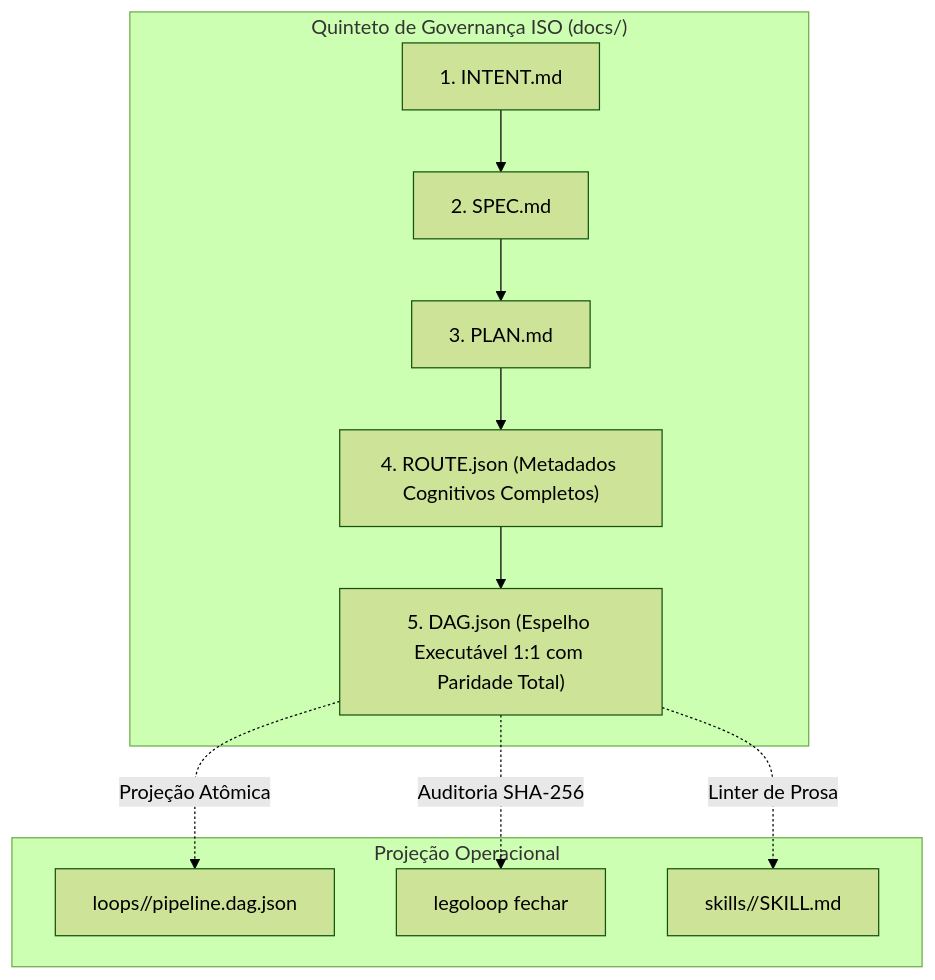
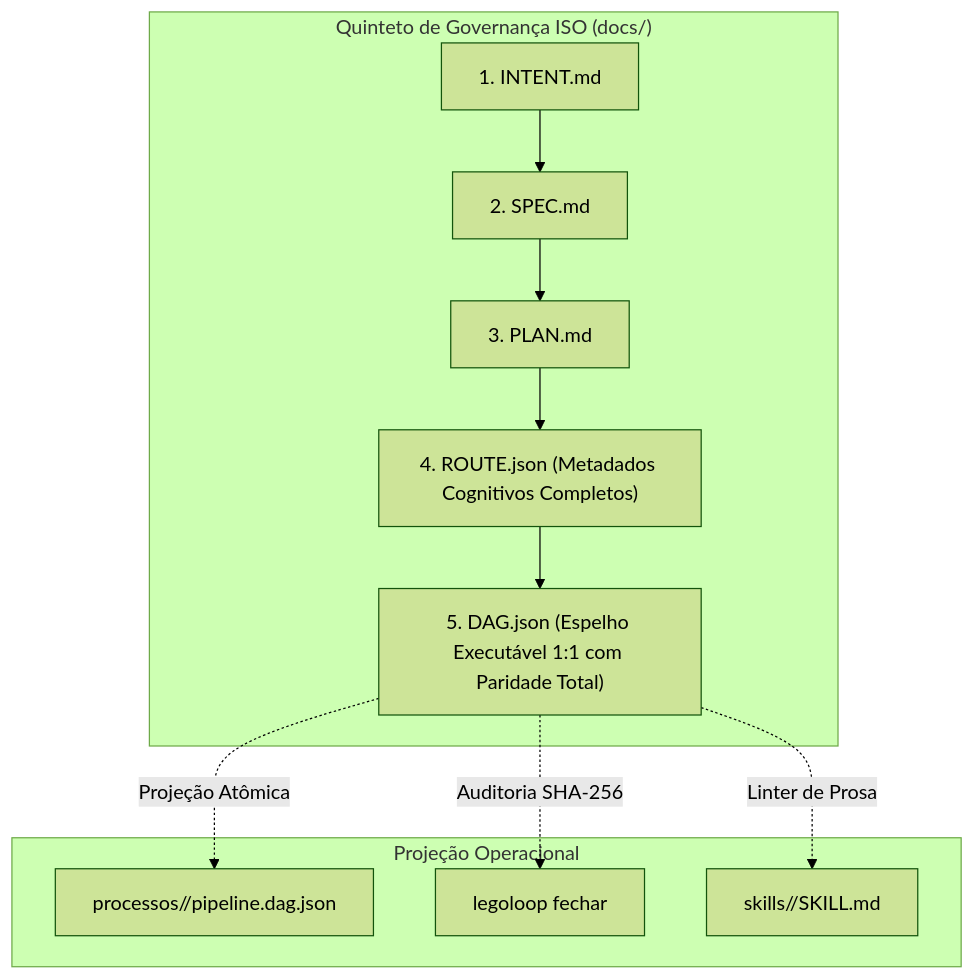
One commit to heverton-dev/LegoLoop changed the diagram in docs/archive/quinteto/specs/2026-11-09_SPEC_QUINTETO_GOVERNANCA_ISO.md. Above: the diagram before and after it, drawn with Mermaid (forest theme). The commit also changed other lines of this file and 549 other files, not shown here.

First line of the commit message:
checkpoint E06: rename loops/ -> processos/ (referencias, hook legado exit 2, TDD mutacoes provadas)

````diff
--- a/docs/archive/quinteto/specs/2026-11-09_SPEC_QUINTETO_GOVERNANCA_ISO.md
+++ b/docs/archive/quinteto/specs/2026-11-09_SPEC_QUINTETO_GOVERNANCA_ISO.md
@@ -48,15 +48,15 @@
 ```mermaid
 flowchart TD
     subgraph QuintetoISO ["Quinteto de Governança ISO (docs/)"]
         I["1. INTENT.md"] --> S["2. SPEC.md"]
         S --> P["3. PLAN.md"]
         P --> R["4. ROUTE.json (Metadados Cognitivos Completos)"]
         R --> D["5. DAG.json (Espelho Executável 1:1 com Paridade Total)"]
     end
 
     subgraph ProjecaoOperacional ["Projeção Operacional"]
-        D -.->|"Projeção Atômica"| LP["loops/<slug>/pipeline.dag.json"]
+        D -.->|"Projeção Atômica"| LP["processos/<slug>/pipeline.dag.json"]
         D -.->|"Auditoria SHA-256"| F["legoloop fechar"]
         D -.->|"Linter de Prosa"| SK["skills/<slug>/SKILL.md"]
     end
 ```
````
